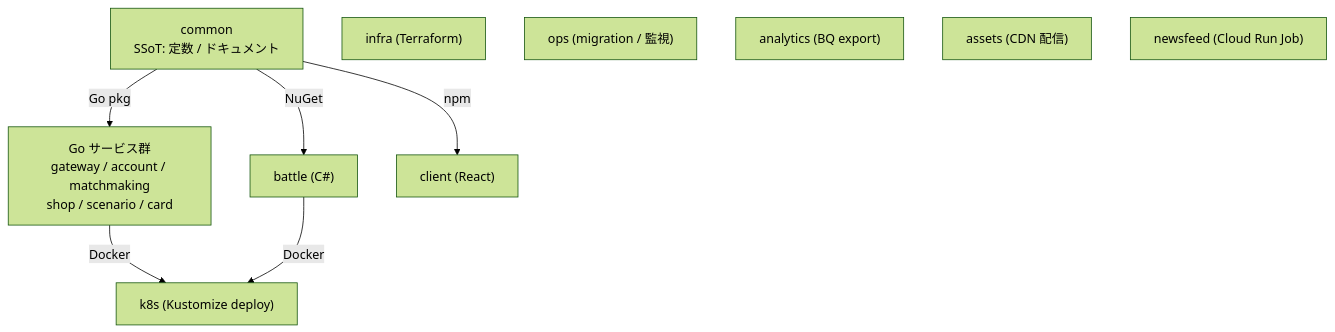
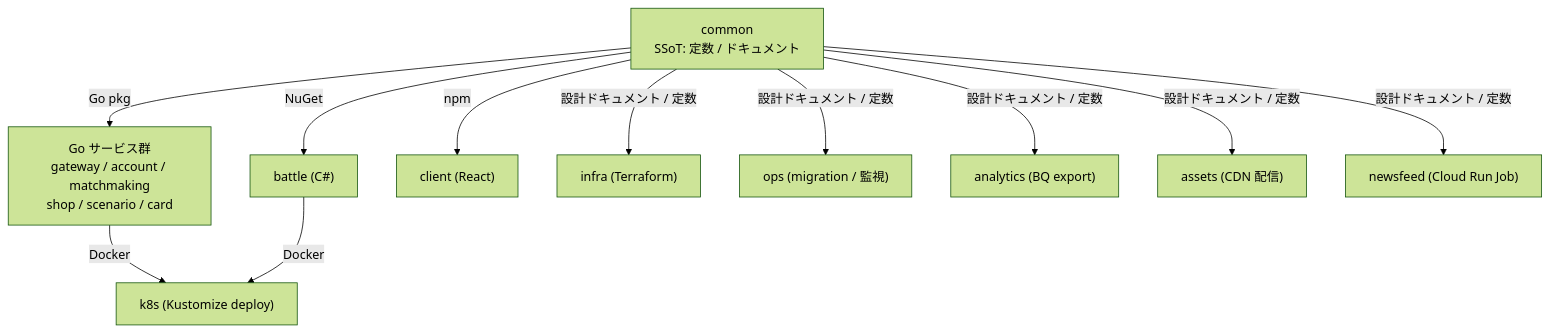
Before and after one commit to kenyamaneko/overload-party-common: the first of 2 diagrams in docs/architecture/SYSTEM_OVERVIEW.md, drawn with Mermaid (forest theme). The commit also changed other lines of this file, not shown here.

````diff
--- a/docs/architecture/SYSTEM_OVERVIEW.md
+++ b/docs/architecture/SYSTEM_OVERVIEW.md
@@ -78,17 +79,19 @@
 ```mermaid
 graph TD
     common["common<br/>SSoT: 定数 / ドキュメント"]
 
     common -->|"Go pkg"| gosvcs["Go サービス群<br/>gateway / account / matchmaking<br/>shop / scenario / card"]
     common -->|"NuGet"| battle["battle (C#)"]
     common -->|"npm"| client["client (React)"]
 
     gosvcs -->|Docker| k8s["k8s (Kustomize deploy)"]
     battle -->|Docker| k8s
 
     infra["infra (Terraform)"]
     ops["ops (migration / 監視)"]
     analytics["analytics (BQ export)"]
     assets["assets (CDN 配信)"]
     newsfeed["newsfeed (Cloud Run Job)"]
+
+    common -->|"設計ドキュメント / 定数"| infra & ops & analytics & assets & newsfeed
 ```
````
